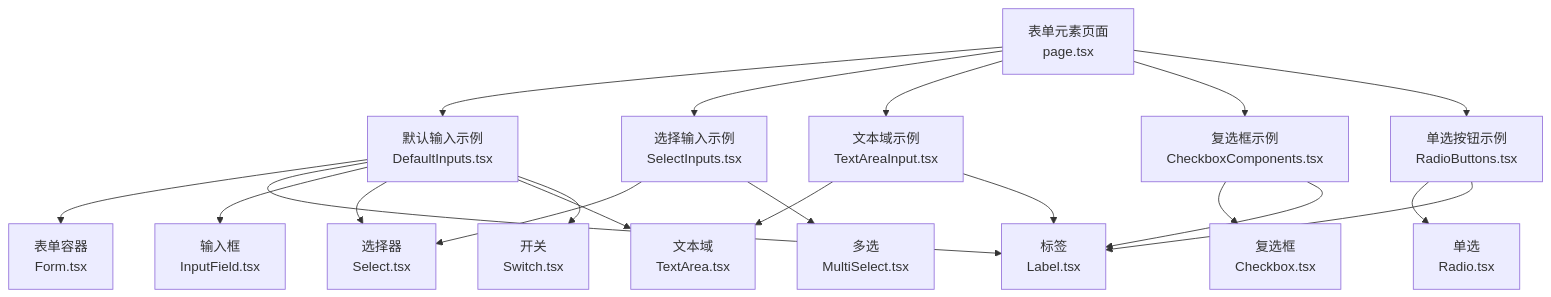
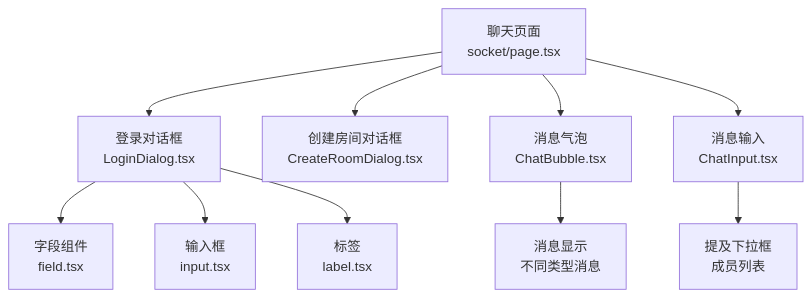
Before and after one commit to HAOFUYANG/nextjs-admin: the first of 3 diagrams in .qoder/repowiki/zh/content/页面路由系统/页面类型组织结构/表单页面.md, drawn with Mermaid. The commit also changed other lines of this file and 36 other files, not shown here.

````diff
--- a/.qoder/repowiki/zh/content/页面路由系统/页面类型组织结构/表单页面.md
+++ b/.qoder/repowiki/zh/content/页面路由系统/页面类型组织结构/表单页面.md
@@ -40,22 +42,12 @@
 ```mermaid
 graph TB
-FE["表单元素页面<br/>page.tsx"] --> DInputs["默认输入示例<br/>DefaultInputs.tsx"]
-FE --> SInputs["选择输入示例<br/>SelectInputs.tsx"]
-FE --> TArea["文本域示例<br/>TextAreaInput.tsx"]
-FE --> CBox["复选框示例<br/>CheckboxComponents.tsx"]
-FE --> RBtn["单选按钮示例<br/>RadioButtons.tsx"]
-DInputs --> F["表单容器<br/>Form.tsx"]
-DInputs --> L["标签<br/>Label.tsx"]
-DInputs --> IF["输入框<br/>InputField.tsx"]
-DInputs --> SL["选择器<br/>Select.tsx"]
-DInputs --> TA["文本域<br/>TextArea.tsx"]
-DInputs --> SW["开关<br/>Switch.tsx"]
-SInputs --> SL
-SInputs --> MSL["多选<br/>MultiSelect.tsx"]
-TArea --> TA
-TArea --> L
-CBox --> CB["复选框<br/>Checkbox.tsx"]
-CBox --> L
-RBtn --> RB["单选<br/>Radio.tsx"]
-RBtn --> L
+ChatPage["聊天页面<br/>socket/page.tsx"] --> LoginDialog["登录对话框<br/>LoginDialog.tsx"]
+ChatPage --> CreateRoomDialog["创建房间对话框<br/>CreateRoomDialog.tsx"]
+ChatPage --> ChatBubble["消息气泡<br/>ChatBubble.tsx"]
+ChatPage --> ChatInput["消息输入<br/>ChatInput.tsx"]
+LoginDialog --> Field["字段组件<br/>field.tsx"]
+LoginDialog --> Input["输入框<br/>input.tsx"]
+LoginDialog --> Label["标签<br/>label.tsx"]
+ChatInput --> MentionDropdown["提及下拉框<br/>成员列表"]
+ChatBubble --> MessageDisplay["消息显示<br/>不同类型消息"]
 ```
````
